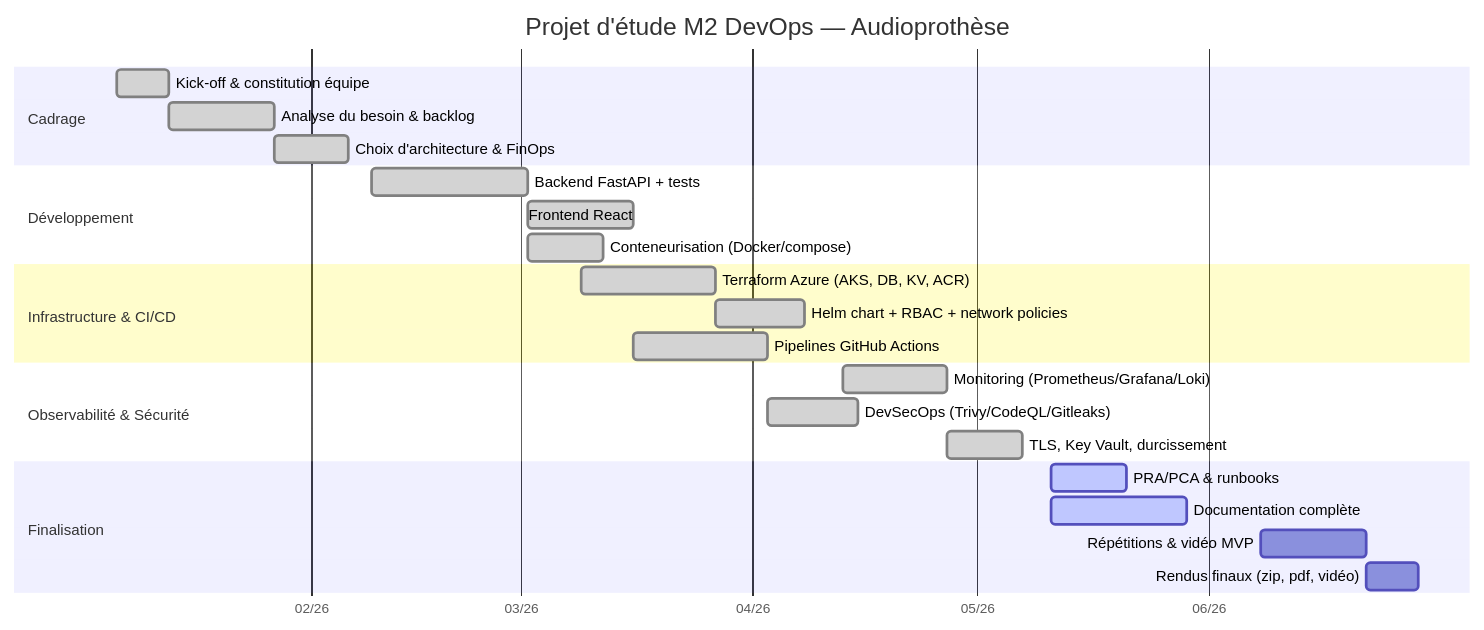
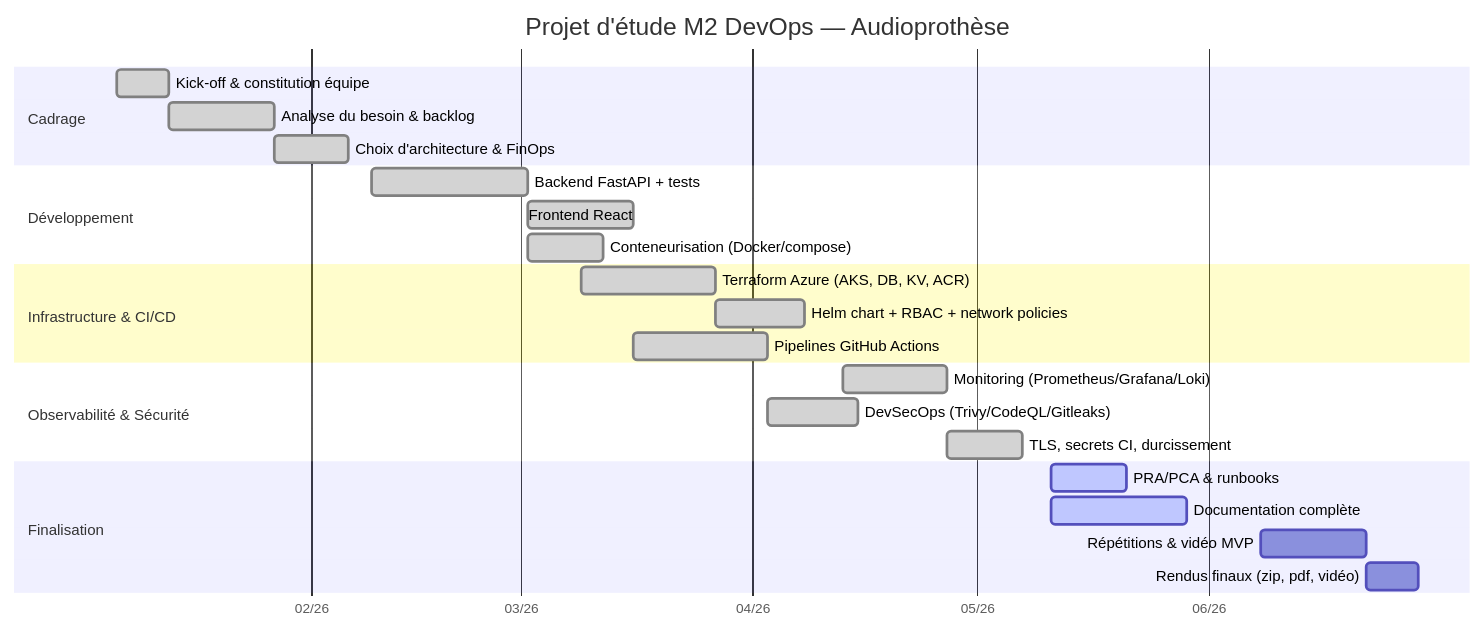
The diagram in docs/planning-gantt.md (Rifaazs27/projet-audioprothese), drawn with Mermaid before and after one commit. The commit also changed 29 other files, not shown here.

````diff
--- a/docs/planning-gantt.md
+++ b/docs/planning-gantt.md
@@ -6,32 +6,32 @@
 ```mermaid
 gantt
     title Projet d'étude M2 DevOps — Audioprothèse
     dateFormat  YYYY-MM-DD
     axisFormat  %m/%y
 
     section Cadrage
     Kick-off & constitution équipe      :done,    k1, 2026-01-06, 7d
     Analyse du besoin & backlog         :done,    k2, after k1, 14d
     Choix d'architecture & FinOps       :done,    k3, after k2, 10d
 
     section Développement
     Backend FastAPI + tests             :done,    d1, 2026-02-09, 21d
     Frontend React                      :done,    d2, after d1, 14d
     Conteneurisation (Docker/compose)   :done,    d3, after d1, 10d
 
     section Infrastructure & CI/CD
     Terraform Azure (AKS, DB, KV, ACR)  :done,    i1, 2026-03-09, 18d
     Helm chart + RBAC + network policies:done,    i2, after i1, 12d
     Pipelines GitHub Actions            :done,    i3, 2026-03-16, 18d
 
     section Observabilité & Sécurité
     Monitoring (Prometheus/Grafana/Loki):done,    o1, 2026-04-13, 14d
     DevSecOps (Trivy/CodeQL/Gitleaks)   :done,    o2, after i3, 12d
-    TLS, Key Vault, durcissement        :done,    o3, after o1, 10d
+    TLS, secrets CI, durcissement       :done,    o3, after o1, 10d
 
     section Finalisation
     PRA/PCA & runbooks                  :active,  f1, 2026-05-11, 10d
     Documentation complète              :active,  f2, 2026-05-11, 18d
     Répétitions & vidéo MVP             :         f3, 2026-06-08, 14d
     Rendus finaux (zip, pdf, vidéo)     :         f4, after f3, 7d
 ```
````
